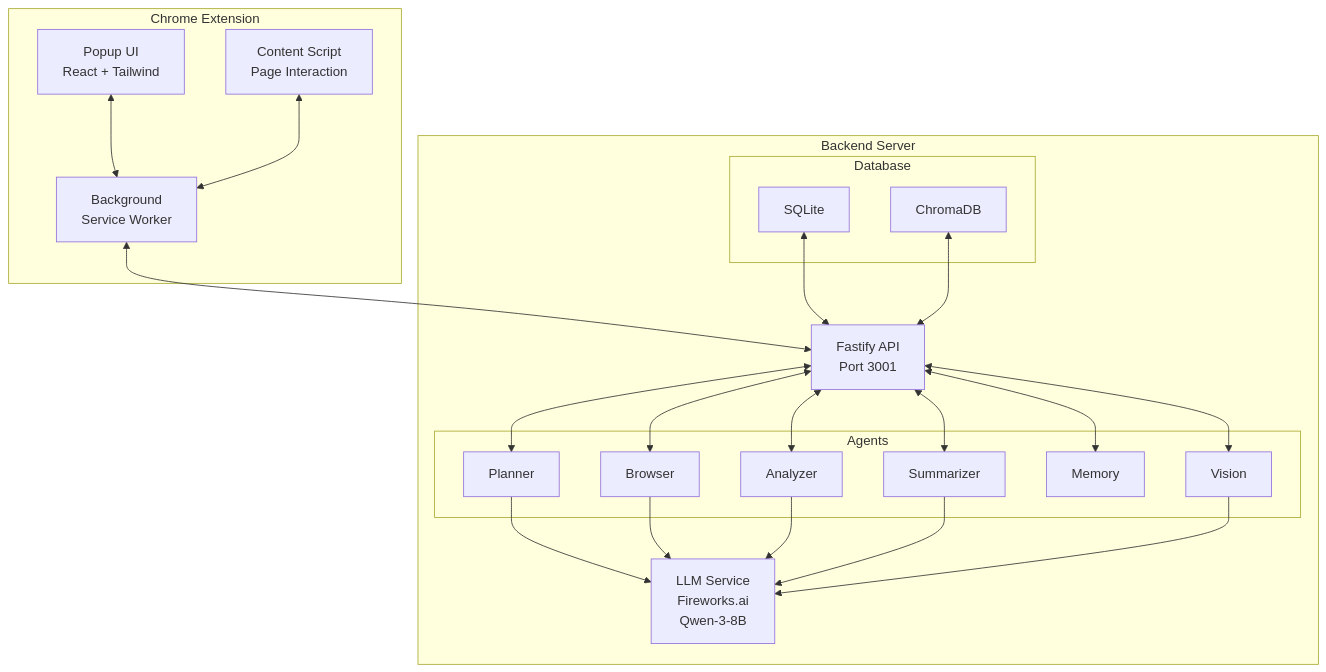
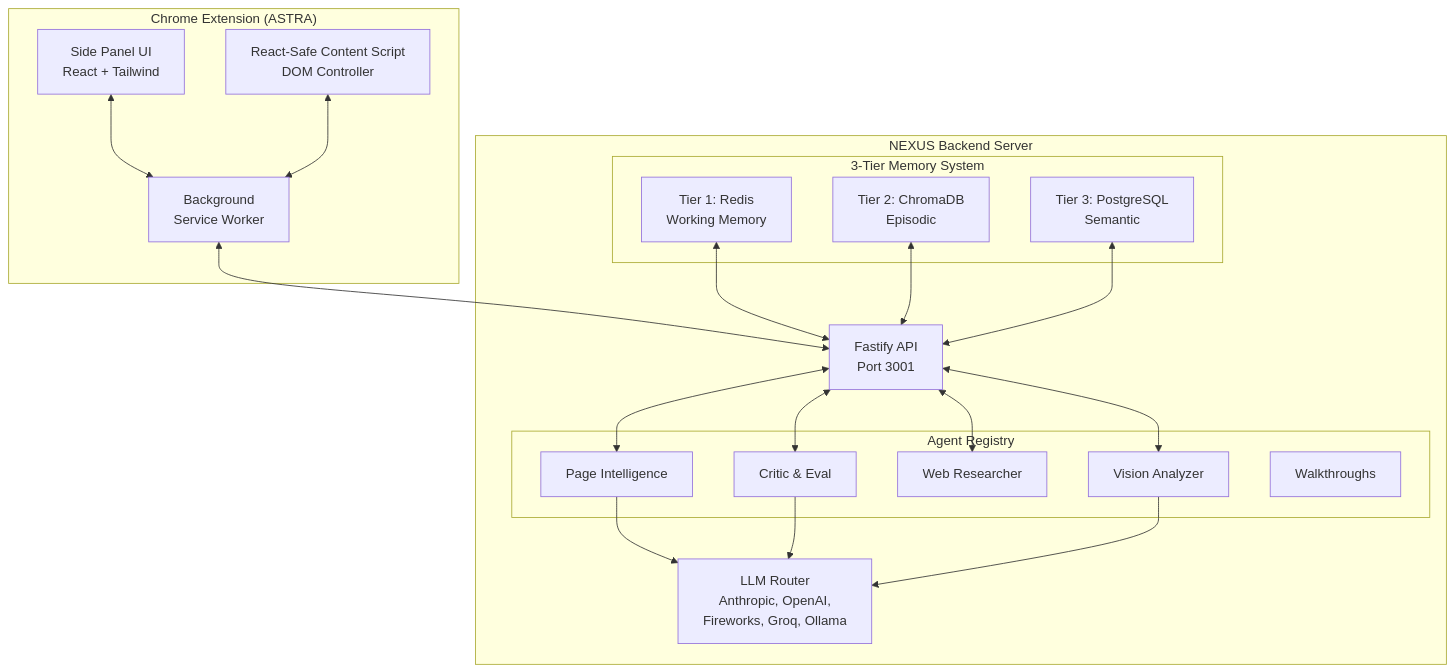
The diagram in README.md (saikumargudelly/ASTRA-Xtension), drawn with Mermaid before and after one commit. The commit also changed other lines of this file, not shown here.

Commit message:
docs: sync README with current NEXUS architecture and codebase

````diff
--- a/README.md
+++ b/README.md
@@ -74,45 +69,42 @@
 ```mermaid
 graph TB
-    subgraph "Chrome Extension"
-        UI[Popup UI<br/>React + Tailwind]
+    subgraph "Chrome Extension (ASTRA)"
+        UI[Side Panel UI<br/>React + Tailwind]
         BG[Background<br/>Service Worker]
-        CS[Content Script<br/>Page Interaction]
+        CS[React-Safe Content Script<br/>DOM Controller]
     end
     
-    subgraph "Backend Server"
+    subgraph "NEXUS Backend Server"
         API[Fastify API<br/>Port 3001]
         
-        subgraph "Agents"
-            PL[Planner]
-            BR[Browser]
-            AN[Analyzer]
-            SM[Summarizer]
-            MM[Memory]
-            VN[Vision]
+        subgraph "Agent Registry"
+            PI[Page Intelligence]
+            CR[Critic & Eval]
+            WR[Web Researcher]
+            VS[Vision Analyzer]
+            WK[Walkthroughs]
         end
         
-        subgraph "Database"
-            SQL[SQLite]
-            CH[ChromaDB]
+        subgraph "3-Tier Memory System"
+            RD[Tier 1: Redis<br/>Working Memory]
+            CH[Tier 2: ChromaDB<br/>Episodic]
+            PG[Tier 3: PostgreSQL<br/>Semantic]
         end
         
-        LLM[LLM Service<br/>Fireworks.ai<br/>Qwen-3-8B]
+        LLM[LLM Router<br/>Anthropic, OpenAI,<br/>Fireworks, Groq, Ollama]
     end
     
     UI <--> BG
     BG <--> API
     CS <--> BG
-    API <--> PL
-    API <--> BR
-    API <--> AN
-    API <--> SM
-    API <--> MM
-    API <--> VN
-    PL --> LLM
-    BR --> LLM
-    AN --> LLM
-    SM --> LLM
-    VN --> LLM
-    SQL <--> API
+    API <--> PI
+    API <--> CR
+    API <--> WR
+    API <--> VS
+    PI --> LLM
+    CR --> LLM
+    VS --> LLM
+    RD <--> API
     CH <--> API
+    PG <--> API
 ```
````
